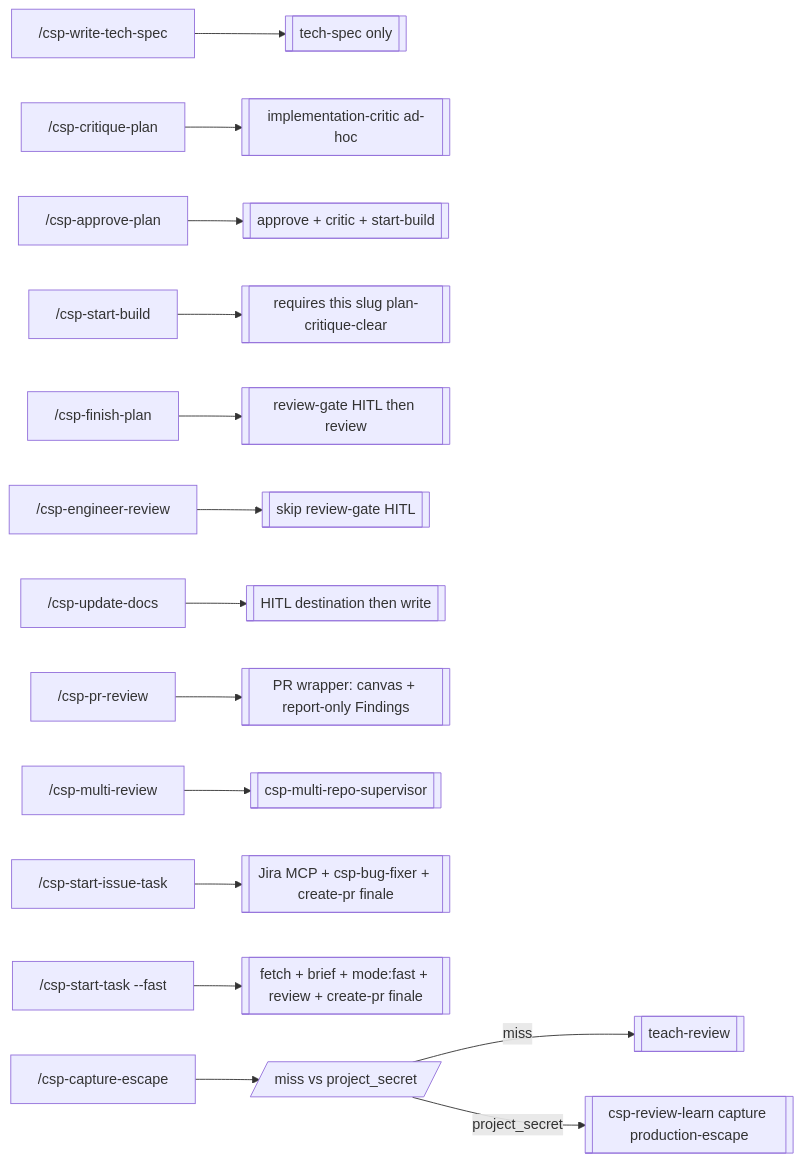
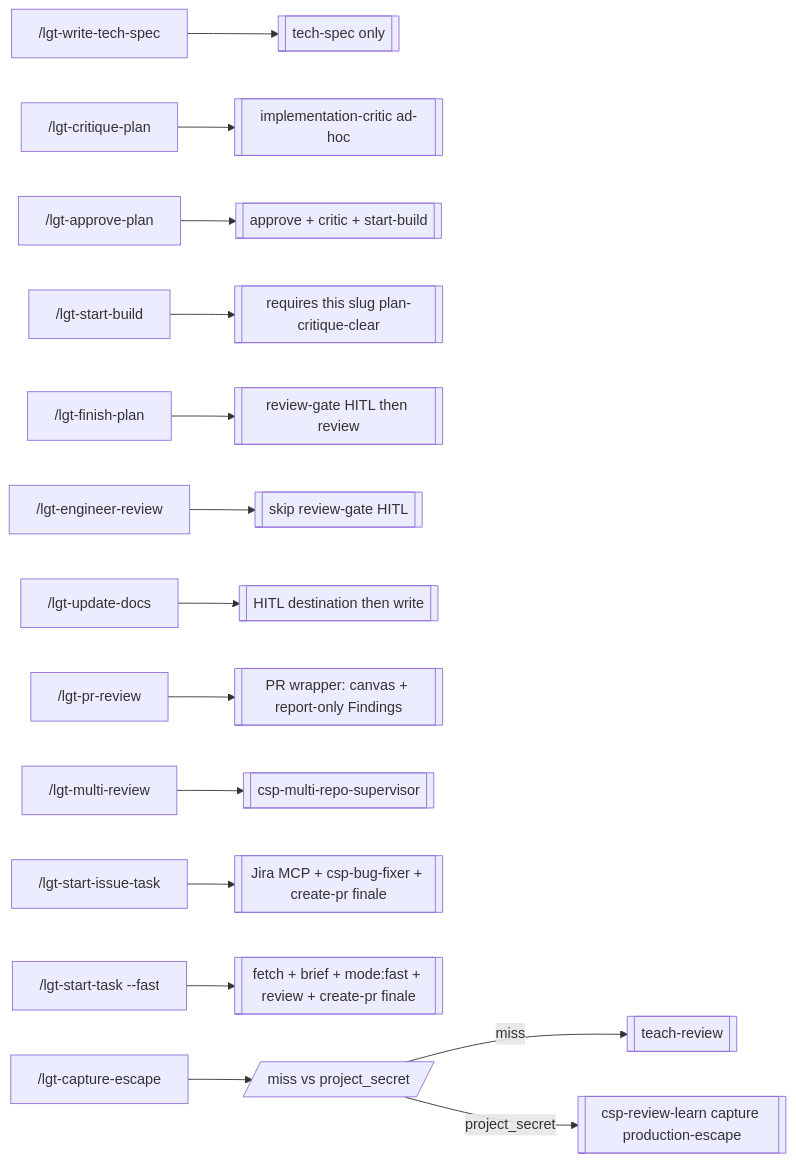
Before and after one commit to a-trembak/cursor-spells: diagram 11 of 14 in docs/superpowers/pipeline-flow.md, drawn with Mermaid. The commit also changed other lines of this file and 47 other files, not shown here.

First line of the commit message:
docs: switch user-facing surface from /csp-* to /lgt-*

````diff
--- a/docs/superpowers/pipeline-flow.md
+++ b/docs/superpowers/pipeline-flow.md
@@ -563,17 +563,17 @@
 ```mermaid
 flowchart LR
-  writeSpec["/csp-write-tech-spec"] --> techOnly[["tech-spec only"]]
-  critique["/csp-critique-plan"] --> criticOnly[["implementation-critic ad-hoc"]]
-  approve["/csp-approve-plan"] --> approveFlow[["approve + critic + start-build"]]
-  build["/csp-start-build"] --> buildOnly[["requires this slug plan-critique-clear"]]
-  finish["/csp-finish-plan"] --> finishFlow[["review-gate HITL then review"]]
-  eng["/csp-engineer-review"] --> reviewDirect[["skip review-gate HITL"]]
-  docs["/csp-update-docs"] --> docsFlow[["HITL destination then write"]]
-  pr["/csp-pr-review"] --> prWrap[["PR wrapper: canvas + report-only Findings"]]
-  multi["/csp-multi-review"] --> multiDirect[["csp-multi-repo-supervisor"]]
-  issue["/csp-start-issue-task"] --> issuePipe[["Jira MCP + csp-bug-fixer + create-pr finale"]]
-  fast["/csp-start-task --fast"] --> fastPipe[["fetch + brief + mode:fast + review + create-pr finale"]]
-  escape["/csp-capture-escape"] --> dest[/"miss vs project_secret"/]
+  writeSpec["/lgt-write-tech-spec"] --> techOnly[["tech-spec only"]]
+  critique["/lgt-critique-plan"] --> criticOnly[["implementation-critic ad-hoc"]]
+  approve["/lgt-approve-plan"] --> approveFlow[["approve + critic + start-build"]]
+  build["/lgt-start-build"] --> buildOnly[["requires this slug plan-critique-clear"]]
+  finish["/lgt-finish-plan"] --> finishFlow[["review-gate HITL then review"]]
+  eng["/lgt-engineer-review"] --> reviewDirect[["skip review-gate HITL"]]
+  docs["/lgt-update-docs"] --> docsFlow[["HITL destination then write"]]
+  pr["/lgt-pr-review"] --> prWrap[["PR wrapper: canvas + report-only Findings"]]
+  multi["/lgt-multi-review"] --> multiDirect[["csp-multi-repo-supervisor"]]
+  issue["/lgt-start-issue-task"] --> issuePipe[["Jira MCP + csp-bug-fixer + create-pr finale"]]
+  fast["/lgt-start-task --fast"] --> fastPipe[["fetch + brief + mode:fast + review + create-pr finale"]]
+  escape["/lgt-capture-escape"] --> dest[/"miss vs project_secret"/]
   dest -->|miss| teachEsc[["teach-review"]]
   dest -->|project_secret| learnPipe[["csp-review-learn capture production-escape"]]
 ```
````
